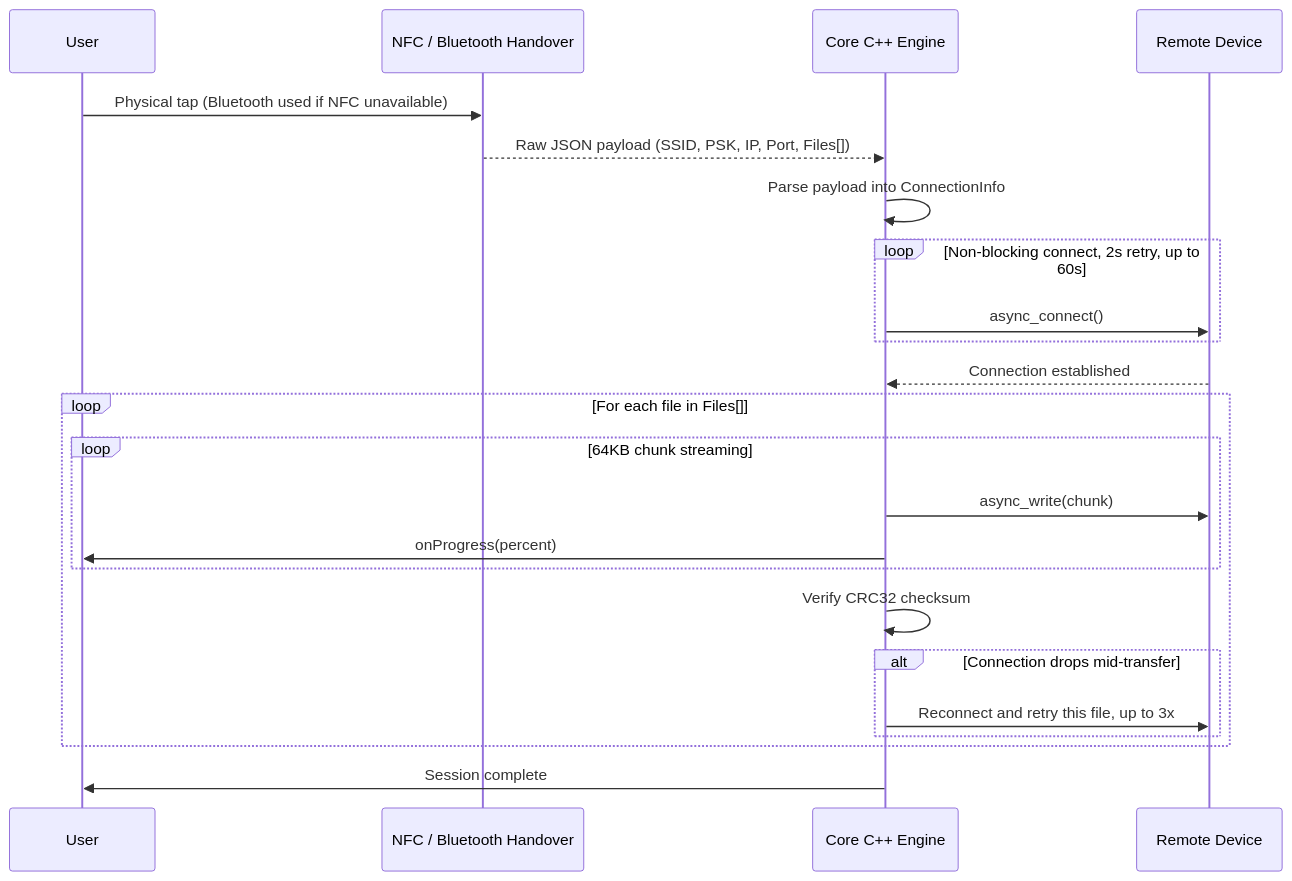
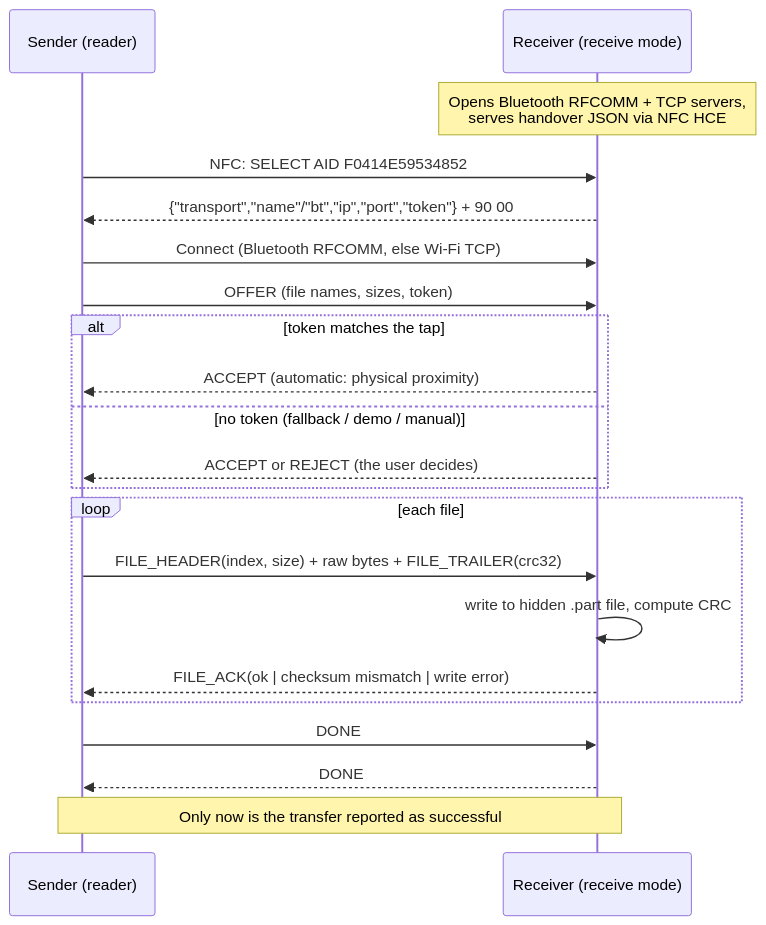
One commit to nilay007hckkr/Anyshare changed the second of 2 diagrams in README.md. Above: the diagram before and after it, drawn with Mermaid. The commit also changed other lines of this file and 2 other files, not shown here.

````diff
--- a/README.md
+++ b/README.md
@@ -89,29 +144,23 @@
 ```mermaid
 sequenceDiagram
-    participant U as User
-    participant H as NFC / Bluetooth Handover
-    participant Engine as Core C++ Engine
-    participant Target as Remote Device
-
-    U->>H: Physical tap (Bluetooth used if NFC unavailable)
-    H-->>Engine: Raw JSON payload (SSID, PSK, IP, Port, Files[])
-    Engine->>Engine: Parse payload into ConnectionInfo
-
-    loop Non-blocking connect, 2s retry, up to 60s
-        Engine->>Target: async_connect()
+    participant S as Sender (reader)
+    participant R as Receiver (receive mode)
+    Note over R: Opens Bluetooth RFCOMM + TCP servers,<br/>serves handover JSON via NFC HCE
+    S->>R: NFC: SELECT AID F0414E59534852
+    R-->>S: {"transport","name"/"bt","ip","port","token"} + 90 00
+    S->>R: Connect (Bluetooth RFCOMM, else Wi-Fi TCP)
+    S->>R: OFFER (file names, sizes, token)
+    alt token matches the tap
+        R-->>S: ACCEPT (automatic: physical proximity)
+    else no token (fallback / demo / manual)
+        R-->>S: ACCEPT or REJECT (the user decides)
     end
-    Target-->>Engine: Connection established
-
-    loop For each file in Files[]
-        loop 64KB chunk streaming
-            Engine->>Target: async_write(chunk)
-            Engine->>U: onProgress(percent)
-        end
-        Engine->>Engine: Verify CRC32 checksum
-        alt Connection drops mid-transfer
-            Engine->>Target: Reconnect and retry this file, up to 3x
-        end
+    loop each file
+        S->>R: FILE_HEADER(index, size) + raw bytes + FILE_TRAILER(crc32)
+        R->>R: write to hidden .part file, compute CRC
+        R-->>S: FILE_ACK(ok | checksum mismatch | write error)
     end
-
-    Engine->>U: Session complete
+    S->>R: DONE
+    R-->>S: DONE
+    Note over S,R: Only now is the transfer reported as successful
 ```
````
